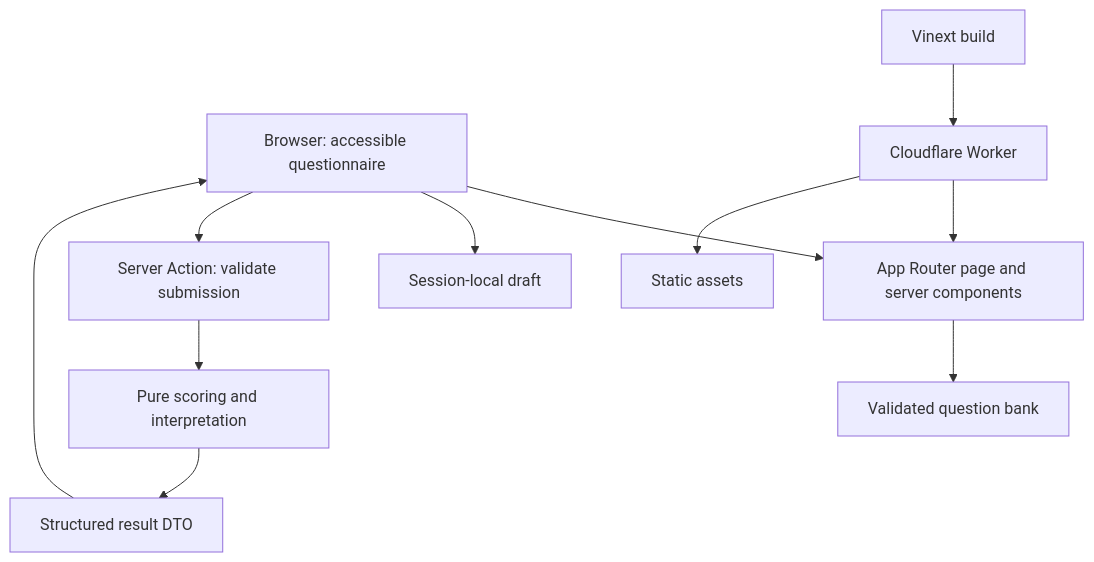
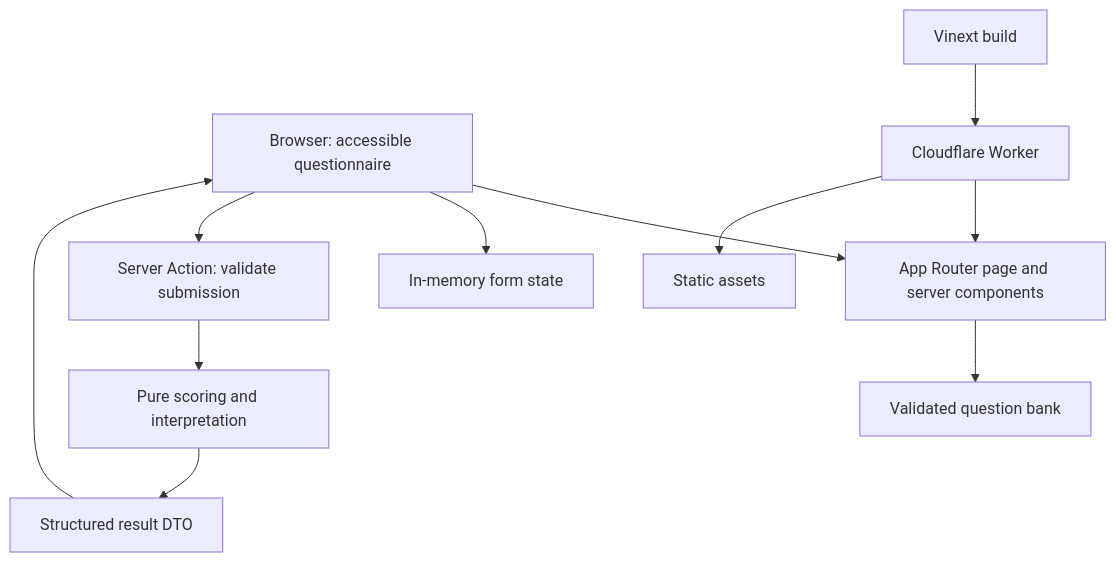
Before and after one commit to geoat/adhd-predict: the diagram in arch/architecture.md, drawn with Mermaid. The commit also changed other lines of this file, not shown here.

Commit message:
docs(arch): select UI stack and in-memory action flow

````diff
--- a/arch/architecture.md
+++ b/arch/architecture.md
@@ -13,13 +13,13 @@
 ```mermaid
 flowchart TD
   Browser["Browser: accessible questionnaire"] --> Route["App Router page and server components"]
   Route --> Bank["Validated question bank"]
-  Browser --> Draft["Session-local draft"]
+  Browser --> FormState["In-memory form state"]
   Browser --> Submit["Server Action: validate submission"]
   Submit --> Domain["Pure scoring and interpretation"]
   Domain --> Result["Structured result DTO"]
   Result --> Browser
   Build["Vinext build"] --> Worker["Cloudflare Worker"]
   Worker --> Route
   Worker --> Assets["Static assets"]
 ```
````
